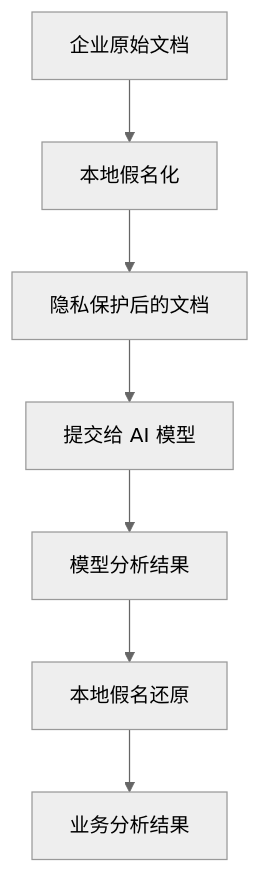
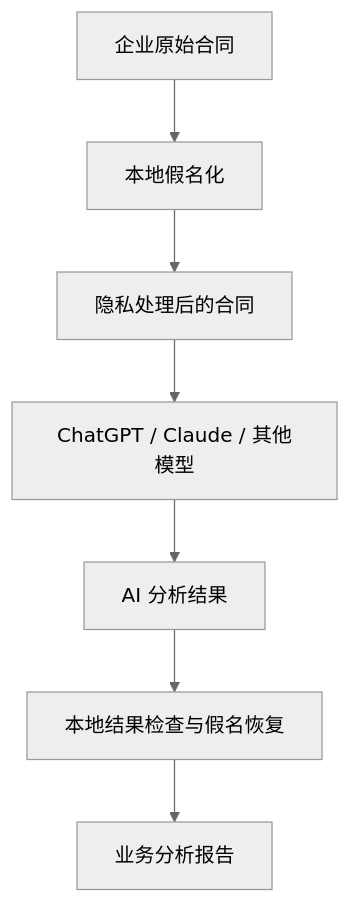
The third of 3 diagrams in README.md (Marcel-HZ/Project-Dynamic-Data-Masking), drawn with Mermaid (neutral theme) before and after one commit. The commit also changed other lines of this file, not shown here.

````diff
--- a/README.md
+++ b/README.md
@@ -213,9 +399,9 @@
 ```mermaid
 flowchart TD
-    A[企业原始文档] --> B[本地假名化]
-    B --> C[隐私保护后的文档]
-    C --> D[提交给 AI 模型]
-    D --> E[模型分析结果]
-    E --> F[本地假名还原]
-    F --> G[业务分析结果]
+    A["企业原始合同"] --> B["本地假名化"]
+    B --> C["隐私处理后的合同"]
+    C --> D["ChatGPT / Claude / 其他模型"]
+    D --> E["AI 分析结果"]
+    E --> F["本地结果检查与假名恢复"]
+    F --> G["业务分析报告"]
 ```
````
